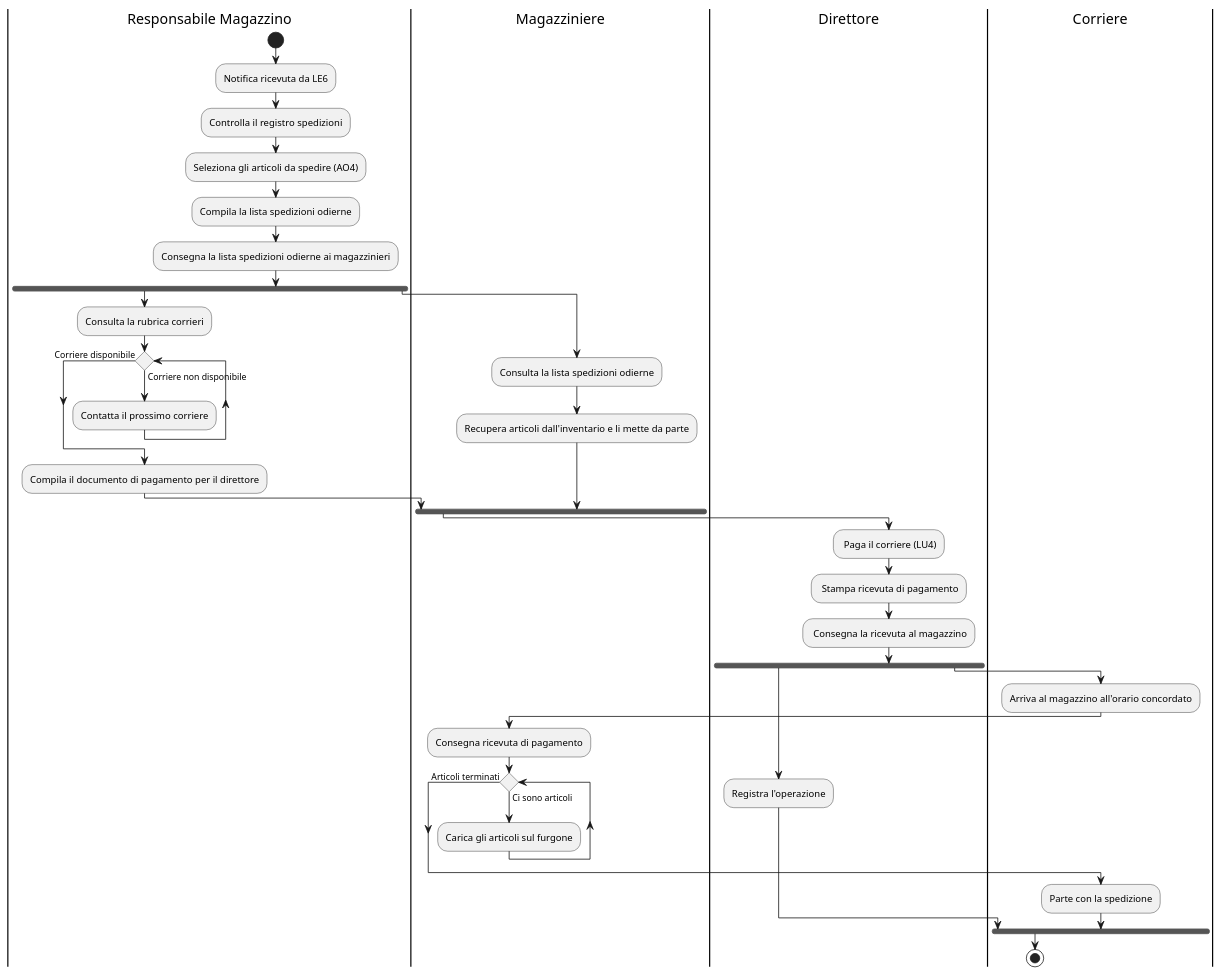
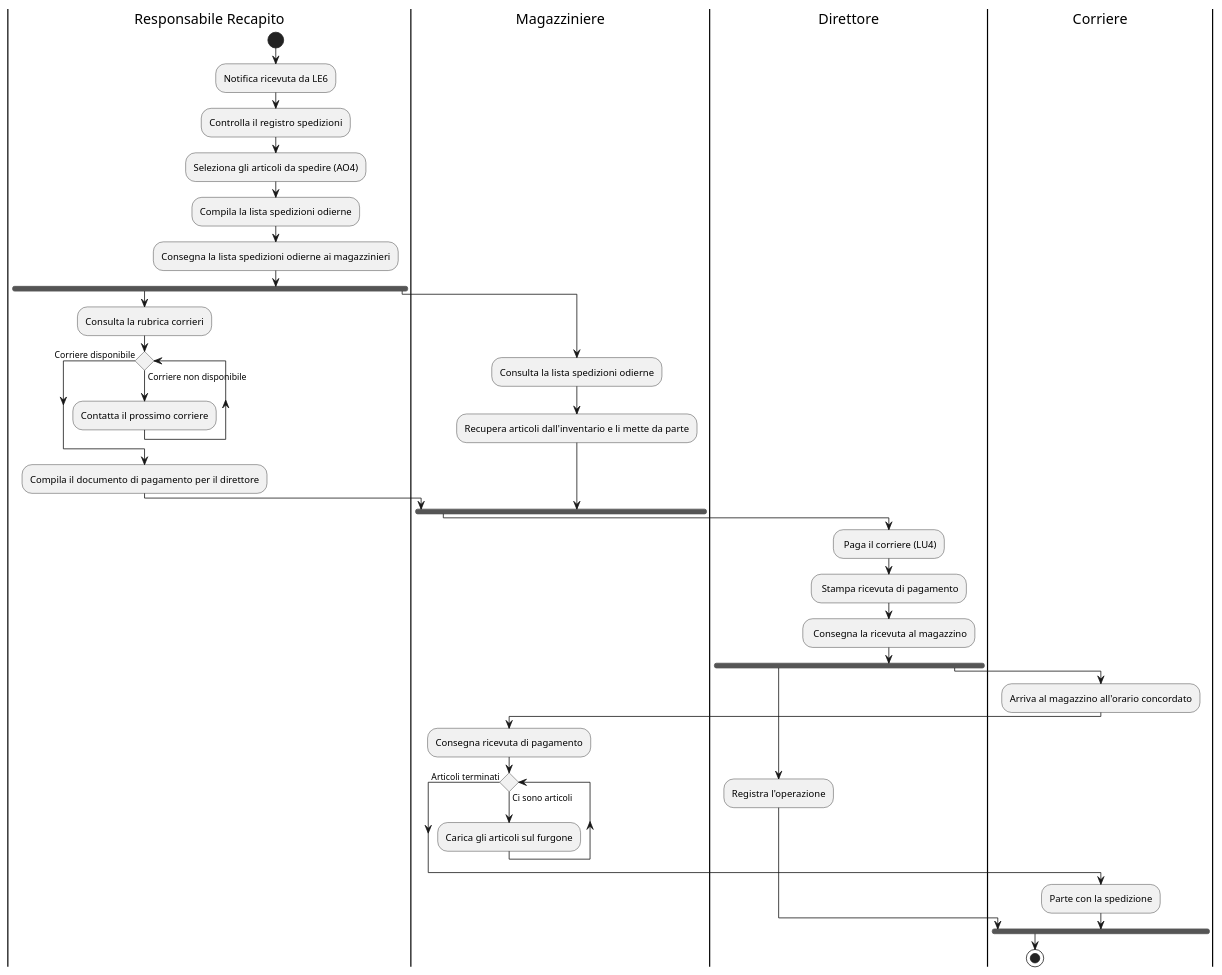
The diagram in umlDiagrams/AO1.puml (Zi0LEO/SistemiInformativi), drawn with PlantUML before and after one commit. The commit also changed 4 other files, not shown here.

```diff
--- a/umlDiagrams/AO1.puml
+++ b/umlDiagrams/AO1.puml
@@ -1,44 +1,44 @@
 @startuml
 
-|Responsabile Magazzino|
+|Responsabile Recapito|
 start
 :Notifica ricevuta da LE6;
 :Controlla il registro spedizioni;
 :Seleziona gli articoli da spedire (AO4);
 :Compila la lista spedizioni odierne;
 :Consegna la lista spedizioni odierne ai magazzinieri;
 
 fork
   :Consulta la rubrica corrieri;
   while () is (Corriere non disponibile)
     :Contatta il prossimo corriere;
   endwhile(Corriere disponibile)
   :Compila il documento di pagamento per il direttore;
 fork again
   |Magazziniere|
   :Consulta la lista spedizioni odierne;
   :Recupera articoli dall'inventario e li mette da parte;
 end fork
 
 |Direttore|
 : Paga il corriere (LU4);
 : Stampa ricevuta di pagamento;
 : Consegna la ricevuta al magazzino;
 
 fork
   |Direttore|
   :Registra l'operazione;
 fork again
   |Corriere|
   :Arriva al magazzino all'orario concordato;
   |Magazziniere|
   :Consegna ricevuta di pagamento;
   while () is (Ci sono articoli)
     :Carica gli articoli sul furgone;
   endwhile(Articoli terminati)
   |Corriere|
   :Parte con la spedizione;
 end fork
 stop
 
 @enduml
```
